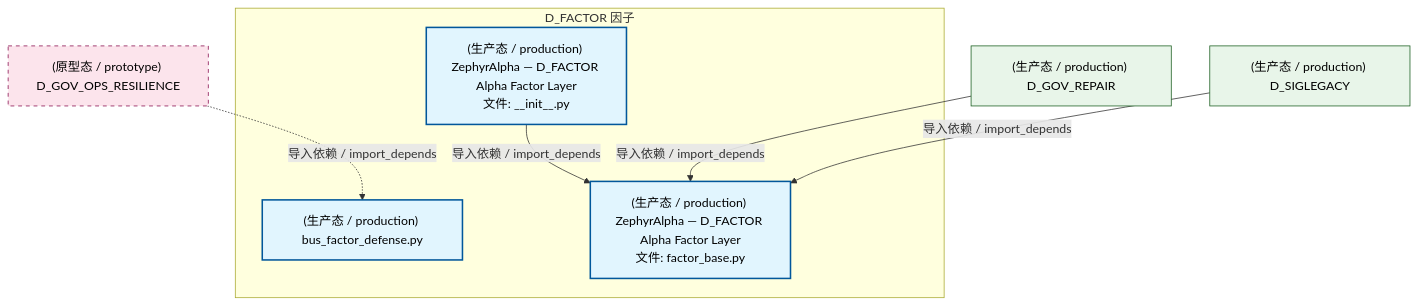
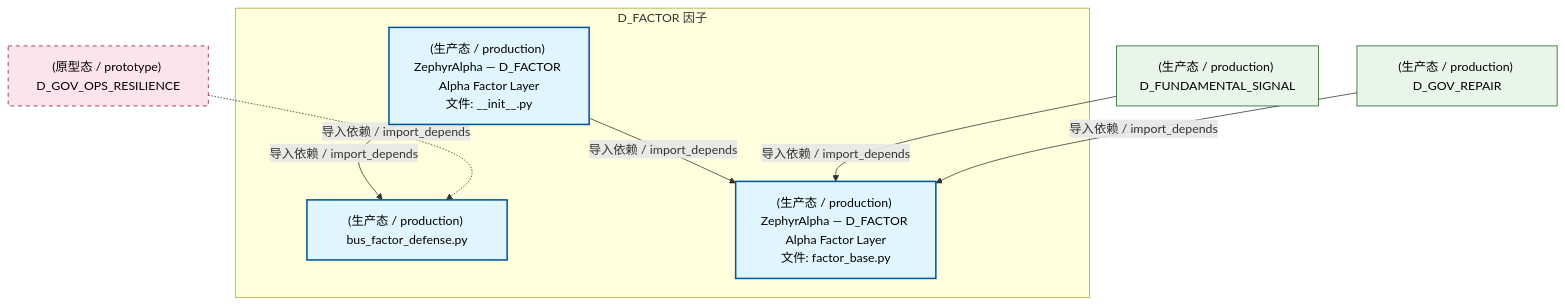
One commit to xuanFelixVan/ZephyrAlpha changed the second of 4 diagrams in docs/02_enterprise_architecture/02_domain_architecture_docs/36_d_factor.md. Above: the diagram before and after it, drawn with Mermaid. The commit also changed other lines of this file and 126 other files, not shown here.

````diff
--- a/docs/02_enterprise_architecture/02_domain_architecture_docs/36_d_factor.md
+++ b/docs/02_enterprise_architecture/02_domain_architecture_docs/36_d_factor.md
@@ -117,22 +125,23 @@
 ```mermaid
 graph TD
     subgraph D_FACTOR["D_FACTOR 因子"]
         src_zephyr_factor_init_py["(生产态 / production) ZephyrAlpha — D_FACTOR Alpha Factor Layer<br/>文件: __init__.py"]
         src_zephyr_factor_bus_factor_defense_py["(生产态 / production) bus_factor_defense.py"]
         src_zephyr_factor_factor_base_py["(生产态 / production) ZephyrAlpha — D_FACTOR Alpha Factor Layer<br/>文件: factor_base.py"]
     end
+    src_zephyr_factor_init_py -->|导入依赖 / import_depends| src_zephyr_factor_bus_factor_defense_py
     src_zephyr_factor_init_py -->|导入依赖 / import_depends| src_zephyr_factor_factor_base_py
+    D_FUNDAMENTAL_SIGNAL["(生产态 / production) D_FUNDAMENTAL_SIGNAL"]
+    D_FUNDAMENTAL_SIGNAL -->|导入依赖 / import_depends| src_zephyr_factor_factor_base_py
+    D_GOV_REPAIR["(生产态 / production) D_GOV_REPAIR"]
+    D_GOV_REPAIR -->|导入依赖 / import_depends| src_zephyr_factor_factor_base_py
     D_GOV_OPS_RESILIENCE["(原型态 / prototype) D_GOV_OPS_RESILIENCE"]
     D_GOV_OPS_RESILIENCE -.->|导入依赖 / import_depends| src_zephyr_factor_bus_factor_defense_py
-    D_GOV_REPAIR["(生产态 / production) D_GOV_REPAIR"]
-    D_GOV_REPAIR -->|导入依赖 / import_depends| src_zephyr_factor_factor_base_py
-    D_SIGLEGACY["(生产态 / production) D_SIGLEGACY"]
-    D_SIGLEGACY -->|导入依赖 / import_depends| src_zephyr_factor_factor_base_py
     classDef production fill:#e1f5fe,stroke:#01579b,stroke-width:2px,color:#000
     classDef design fill:#fff3e0,stroke:#e65100,stroke-width:2px,color:#000,stroke-dasharray: 5 5
     classDef external_prod fill:#e8f5e9,stroke:#1b5e20,stroke-width:1px,color:#000
     classDef external_design fill:#fce4ec,stroke:#880e4f,stroke-width:1px,color:#000,stroke-dasharray: 5 5
     class src_zephyr_factor_init_py,src_zephyr_factor_bus_factor_defense_py,src_zephyr_factor_factor_base_py production
-    class D_GOV_REPAIR,D_SIGLEGACY external_prod
+    class D_FUNDAMENTAL_SIGNAL,D_GOV_REPAIR external_prod
     class D_GOV_OPS_RESILIENCE external_design
 ```
````
